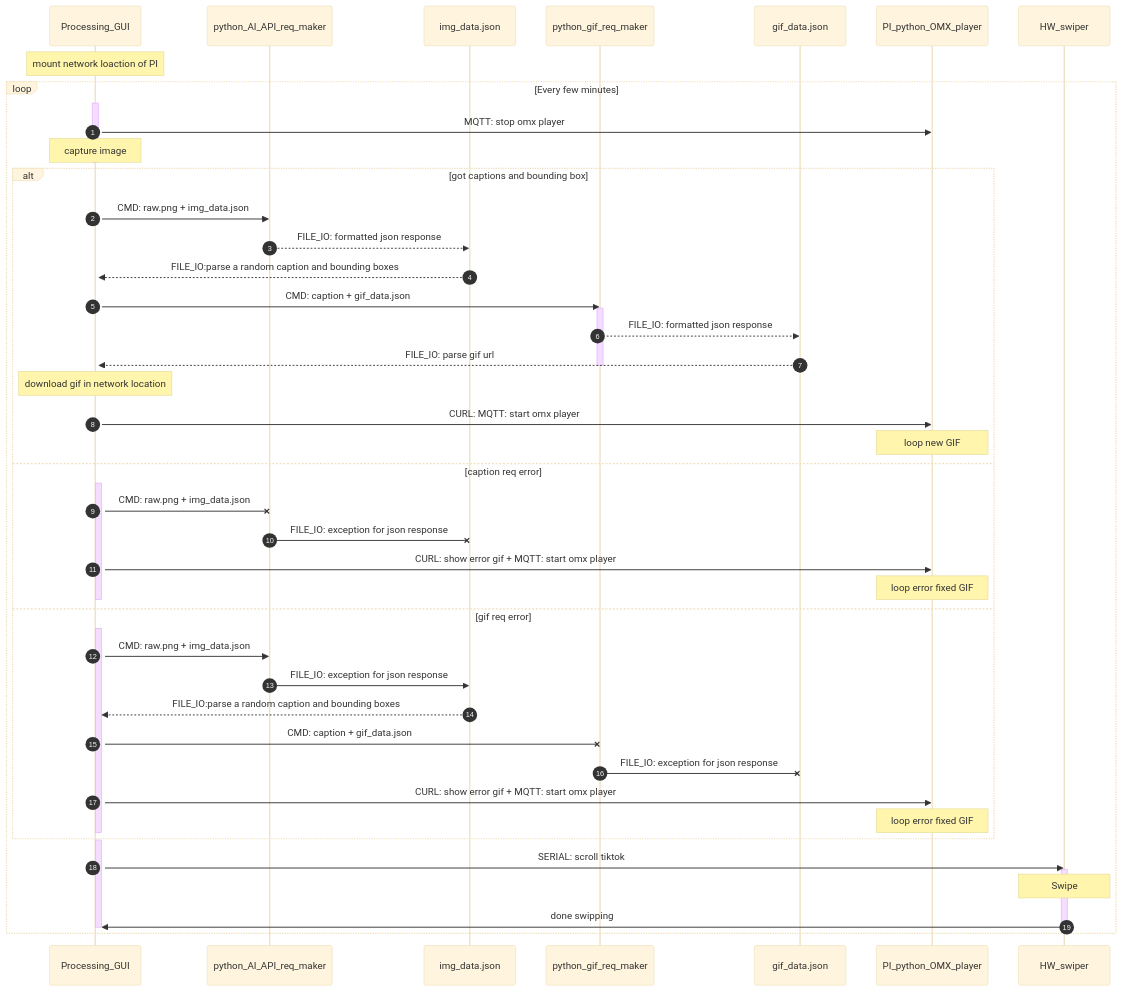
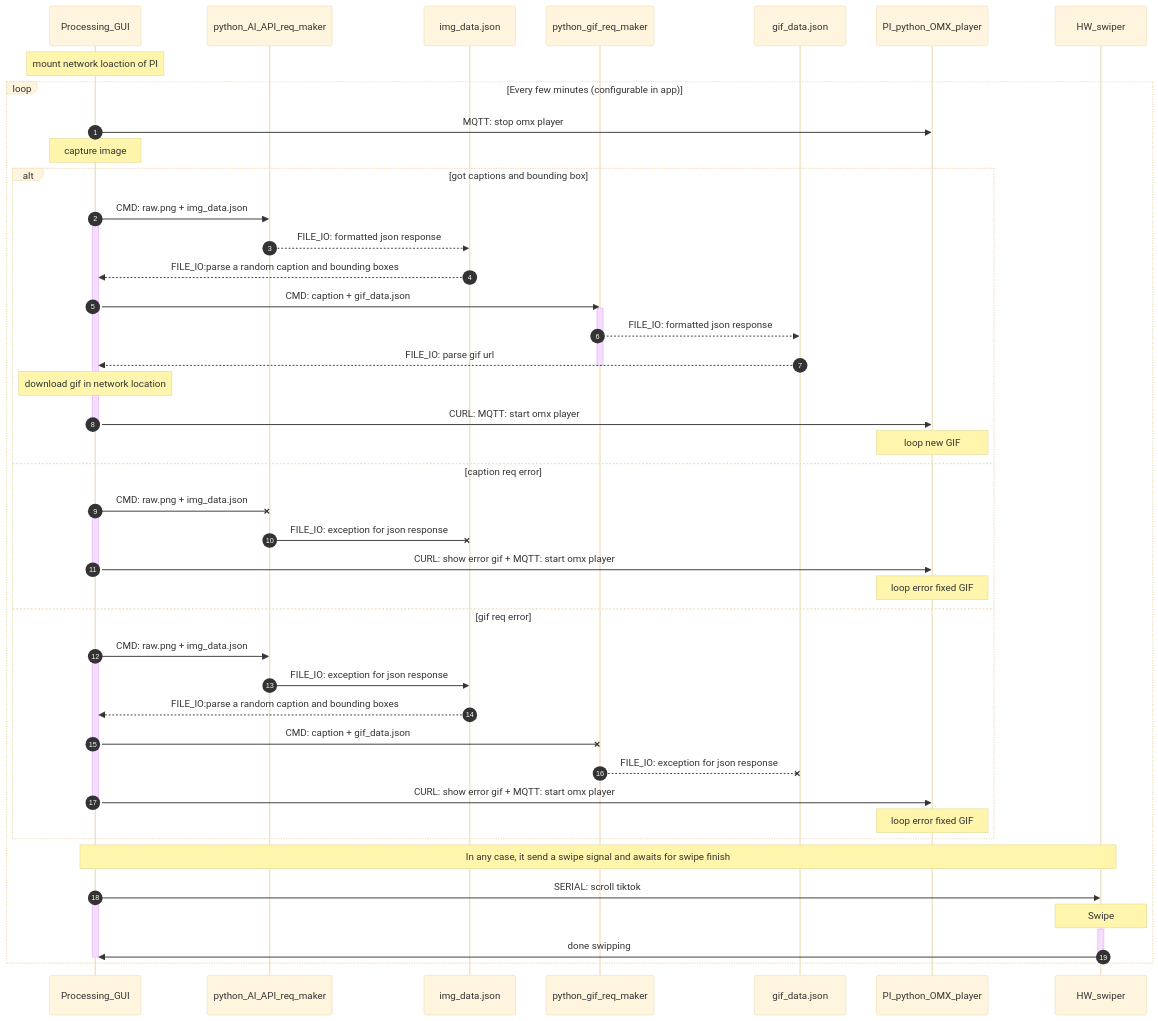
One commit to dattasaurabh82/memtic_self changed the diagram in README.md. Above: the diagram before and after it, drawn with Mermaid (base theme).

Commit message:
system archi verview in readme

````diff
--- a/README.md
+++ b/README.md
@@ -5,7 +5,6 @@
 ```mermaid
 sequenceDiagram
     autonumber
-
     participant Processing_GUI
     participant python_AI_API_req_maker
     participant img_data.json
@@ -15,19 +14,15 @@
     participant HW_swiper
 
     Note over Processing_GUI: mount network loaction of PI
-    loop Every few minutes
-        activate Processing_GUI
-
+    loop Every few minutes (configurable in app)
         Processing_GUI->>PI_python_OMX_player:  MQTT: stop omx player
 
         Note over Processing_GUI: capture image
         
-        
-        deactivate Processing_GUI
         alt got captions and bounding box
+            Processing_GUI->>python_AI_API_req_maker: CMD: raw.png + img_data.json
+
             activate Processing_GUI
-
-            Processing_GUI->>python_AI_API_req_maker: CMD: raw.png + img_data.json
 
             python_AI_API_req_maker-->>img_data.json: FILE_IO: formatted json response
             
@@ -47,23 +42,26 @@
 
             Processing_GUI->>PI_python_OMX_player: CURL: MQTT: start omx player 
 
+            deactivate Processing_GUI
+
             Note over PI_python_OMX_player: loop new GIF
+        
         else caption req error
+            Processing_GUI-xpython_AI_API_req_maker: CMD: raw.png + img_data.json
+
             activate Processing_GUI
-
-            Processing_GUI-xpython_AI_API_req_maker: CMD: raw.png + img_data.json
             
             python_AI_API_req_maker-ximg_data.json: FILE_IO: exception for json response
             
             Processing_GUI->>PI_python_OMX_player: CURL: show error gif + MQTT: start omx player 
 
+            deactivate Processing_GUI
+
             Note over PI_python_OMX_player: loop error fixed GIF
+        else gif req error
+            Processing_GUI->>python_AI_API_req_maker: CMD: raw.png + img_data.json
 
-            deactivate Processing_GUI
-        else gif req error
             activate Processing_GUI
-
-            Processing_GUI->>python_AI_API_req_maker: CMD: raw.png + img_data.json
             
             python_AI_API_req_maker->>img_data.json: FILE_IO: exception for json response
 
@@ -71,19 +69,24 @@
             
             Processing_GUI-xpython_gif_req_maker: CMD: caption + gif_data.json
 
-            python_gif_req_maker-xgif_data.json: FILE_IO: exception for json response
+            python_gif_req_maker--xgif_data.json: FILE_IO: exception for json response
 
             Processing_GUI->>PI_python_OMX_player: CURL: show error gif + MQTT: start omx player 
 
+            deactivate Processing_GUI
+
             Note over PI_python_OMX_player: loop error fixed GIF
-
-            deactivate Processing_GUI
         end
 
+        Note over Processing_GUI,HW_swiper: In any case, it send a swipe signal and awaits for swipe finish
+
+        Processing_GUI->>HW_swiper: SERIAL: scroll tiktok
         activate Processing_GUI
-        Processing_GUI->>HW_swiper: SERIAL: scroll tiktok
+       
+        Note over HW_swiper: Swipe
+        
         activate HW_swiper
-        Note over HW_swiper: Swipe
+        
         HW_swiper->>Processing_GUI: done swipping
         deactivate HW_swiper
         deactivate Processing_GUI
````
